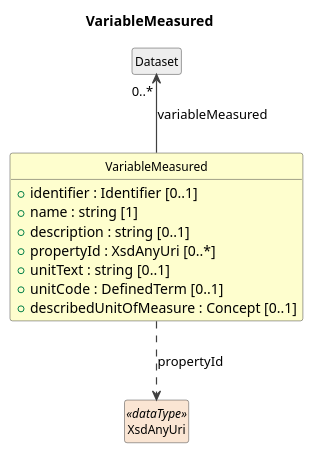
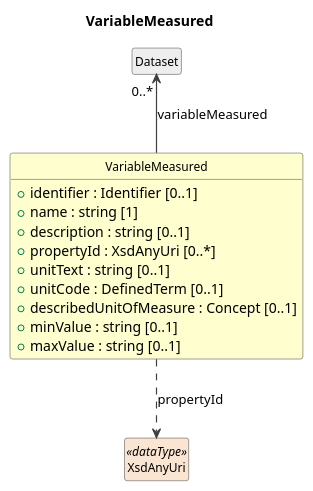
Before and after one commit to Cross-Domain-Interoperability-Framework/metadataBuildingBlocks: the diagram in cdif-uml-model/_plantuml/cdifDiscovery/Classes/VariableMeasured.pu, drawn with PlantUML. The commit also changed 504 other files, not shown here.

First line of the commit message:
Regenerate cdif-uml-model browser from current profile configs

```diff
--- a/cdif-uml-model/_plantuml/cdifDiscovery/Classes/VariableMeasured.pu
+++ b/cdif-uml-model/_plantuml/cdifDiscovery/Classes/VariableMeasured.pu
@@ -1,27 +1,29 @@
 @startuml
 title VariableMeasured
 hide circle
 hide empty members
 skinparam shadowing false
 skinparam ArrowThickness 1.2
 skinparam class {
   ArrowColor #404040
   BorderColor #404040
   FontSize 12
 }
 
 class "VariableMeasured" as VariableMeasured #FEFECE {
   +identifier : Identifier [0..1]
   +name : string [1]
   +description : string [0..1]
   +propertyId : XsdAnyUri [0..*]
   +unitText : string [0..1]
   +unitCode : DefinedTerm [0..1]
   +describedUnitOfMeasure : Concept [0..1]
+  +minValue : string [0..1]
+  +maxValue : string [0..1]
 }
 class "Dataset" as Dataset #EEEEEE
 Dataset "0..*" <-- VariableMeasured : variableMeasured
 class "XsdAnyUri" as XsdAnyUri <<dataType>> #FAE5D3
 VariableMeasured ..> XsdAnyUri : propertyId
 
 @enduml
```
